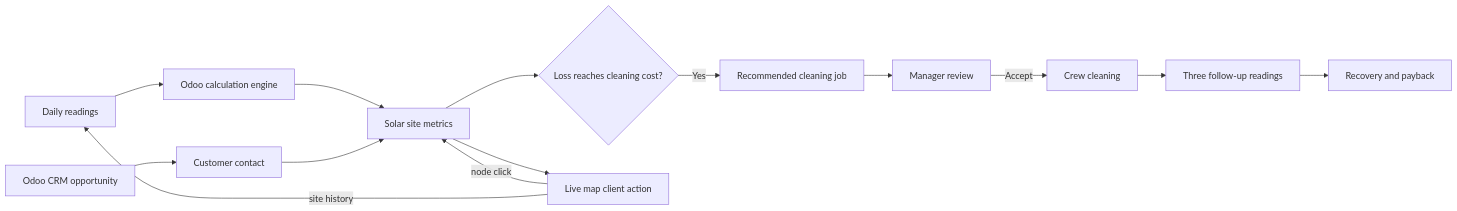
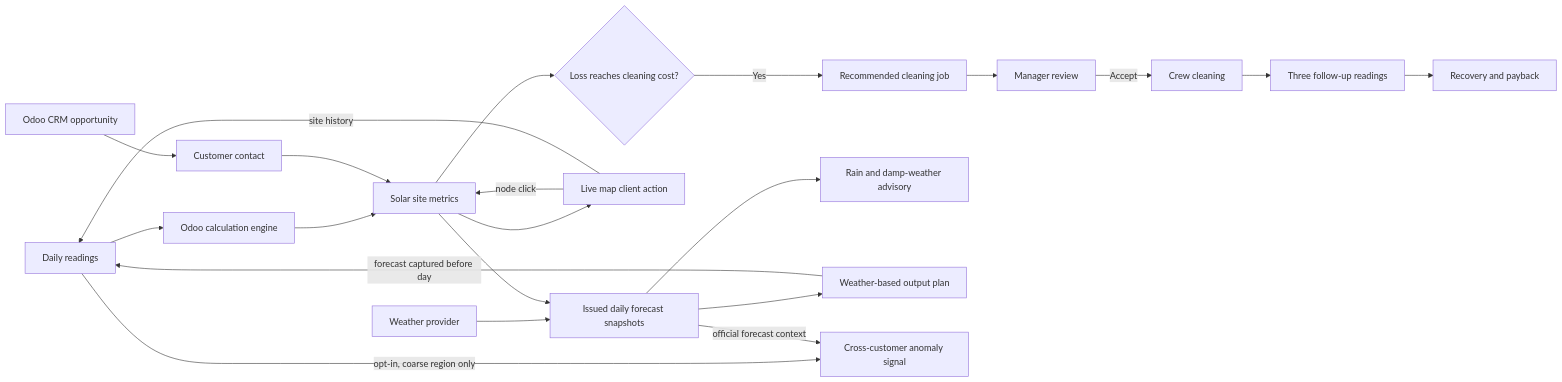
The diagram in docs/architecture.md (Umarr35/dustwatch), drawn with Mermaid before and after one commit. The commit also changed other lines of this file and 22 other files, not shown here.

````diff
--- a/docs/architecture.md
+++ b/docs/architecture.md
@@ -3,16 +3,23 @@
 ```mermaid
 flowchart LR
   R[Daily readings] --> E[Odoo calculation engine]
   E --> S[Solar site metrics]
   S --> D{Loss reaches cleaning cost?}
   D -->|Yes| J[Recommended cleaning job]
   J --> M[Manager review]
   M -->|Accept| C[Crew cleaning]
   C --> A[Three follow-up readings]
   A --> P[Recovery and payback]
   CRM[Odoo CRM opportunity] --> K[Customer contact]
   K --> S
   S --> MAP[Live map client action]
   MAP -->|node click| S
   MAP -->|site history| R
+  WX[Weather provider] --> WF[Issued daily forecast snapshots]
+  S --> WF
+  WF --> WA[Rain and damp-weather advisory]
+  WF --> OP[Weather-based output plan]
+  OP -->|forecast captured before day| R
+  R -->|opt-in, coarse region only| PEER[Cross-customer anomaly signal]
+  WF -->|official forecast context| PEER
 ```
````
